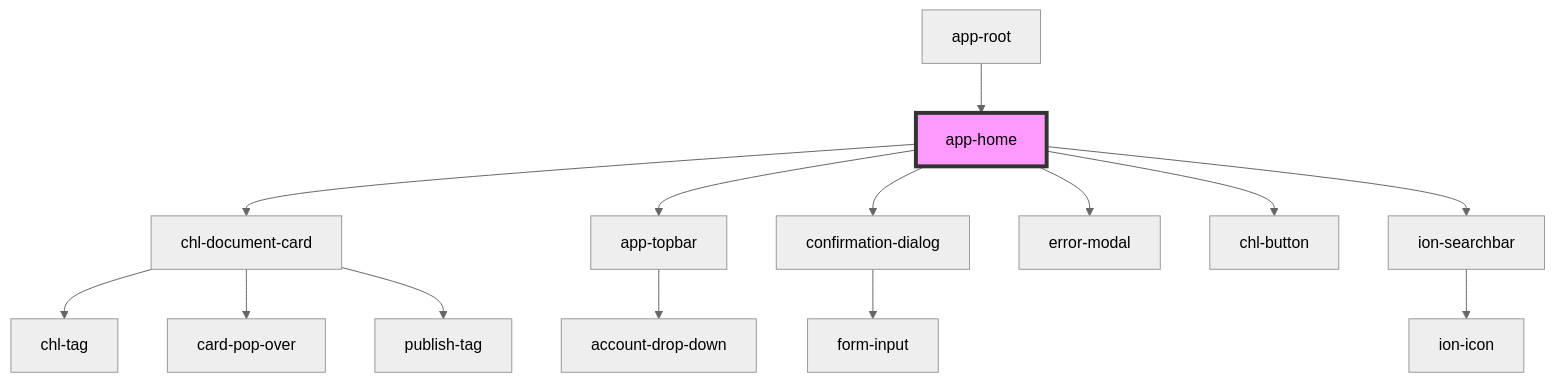
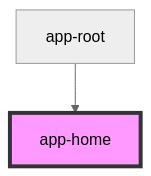
The diagram in ui/stencil/src/components/app/app-home/readme.md (arkologystudio/holochain-stencil-template), drawn with Mermaid (neutral theme) before and after one commit. The commit also changed other lines of this file and 175 other files, not shown here.

````diff
--- a/ui/stencil/src/components/app/app-home/readme.md
+++ b/ui/stencil/src/components/app/app-home/readme.md
@@ -35,17 +15,5 @@
 ```mermaid
 graph TD;
-  app-home --> chl-document-card
-  app-home --> app-topbar
-  app-home --> confirmation-dialog
-  app-home --> error-modal
-  app-home --> chl-button
-  app-home --> ion-searchbar
-  chl-document-card --> chl-tag
-  chl-document-card --> card-pop-over
-  chl-document-card --> publish-tag
-  app-topbar --> account-drop-down
-  confirmation-dialog --> form-input
-  ion-searchbar --> ion-icon
   app-root --> app-home
   style app-home fill:#f9f,stroke:#333,stroke-width:4px
 ```
````
